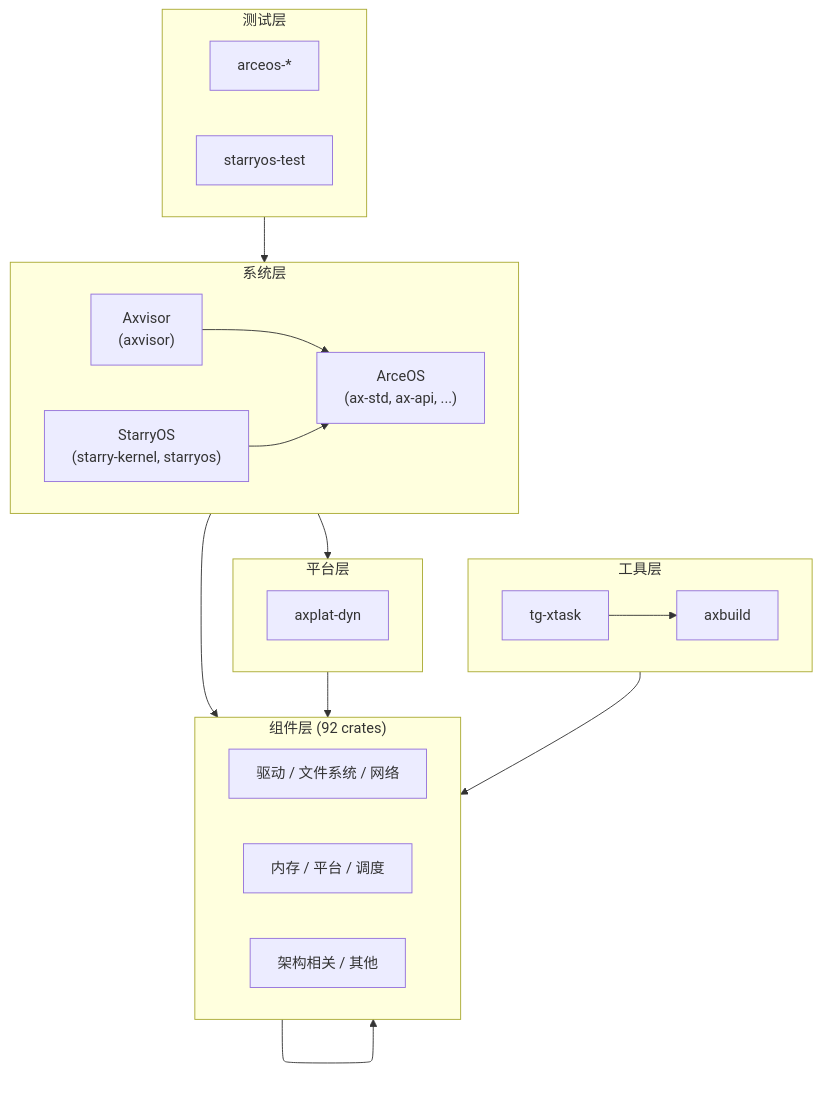
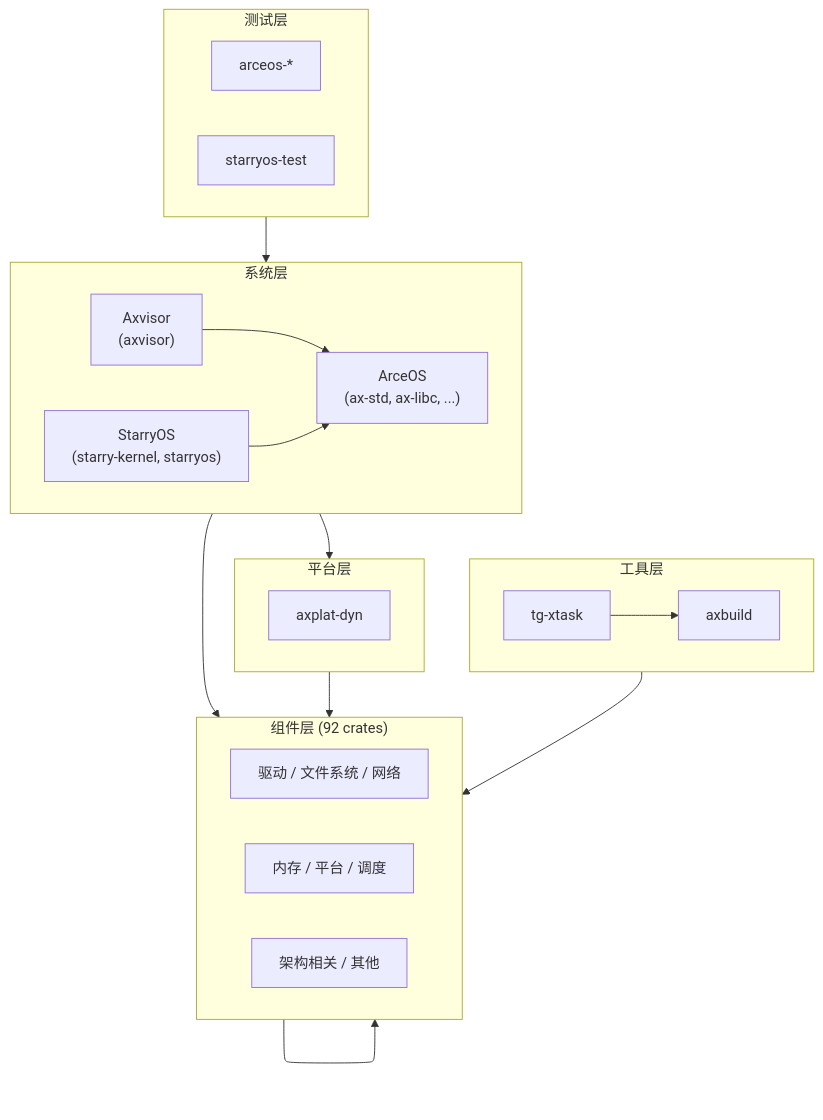
Before and after one commit to rcore-os/tgoskits: the diagram in docs/docs/components/overview.md, drawn with Mermaid. The commit also changed other lines of this file and 130 other files, not shown here.

Commit message:
Remove `ax-api` and `ax-posix-api` crates, making `axstd` and `axlibc` directly depend on ArceOS modules

````diff
--- a/docs/docs/components/overview.md
+++ b/docs/docs/components/overview.md
@@ -26,38 +26,38 @@
 ```mermaid
 flowchart TB
     subgraph sg_test["测试层"]
         direction LR
         t1["arceos-*"]
         t2["starryos-test"]
     end
     subgraph sg_os["系统层"]
         direction LR
-        s1["ArceOS\n(ax-std, ax-api, ...)"]
+        s1["ArceOS\n(ax-std, ax-libc, ...)"]
         s2["StarryOS\n(starry-kernel, starryos)"]
         s3["Axvisor\n(axvisor)"]
     end
     subgraph sg_tool["工具层"]
         direction LR
         tl1["axbuild"]
         tl2["tg-xtask"]
     end
     subgraph sg_plat["平台层"]
         p1["axplat-dyn"]
     end
     subgraph sg_comp["组件层 (92 crates)"]
         direction LR
         c1["驱动 / 文件系统 / 网络"]
         c2["内存 / 平台 / 调度"]
         c3["架构相关 / 其他"]
     end
 
     sg_test --> sg_os
     s3 --> s1
     s2 --> s1
     sg_os --> sg_plat
     sg_os --> sg_comp
     sg_plat --> sg_comp
     tl2 --> tl1
     tl1 --> sg_comp
     sg_comp --> sg_comp
 ```
````
